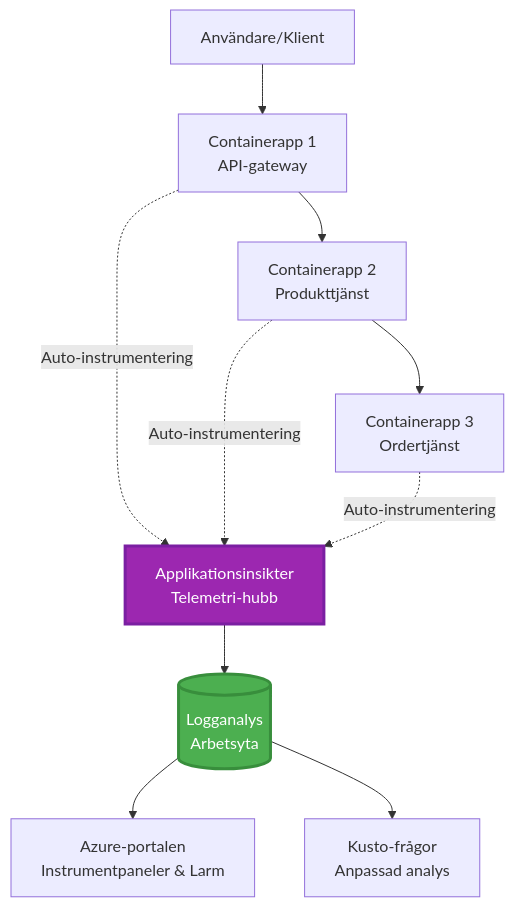
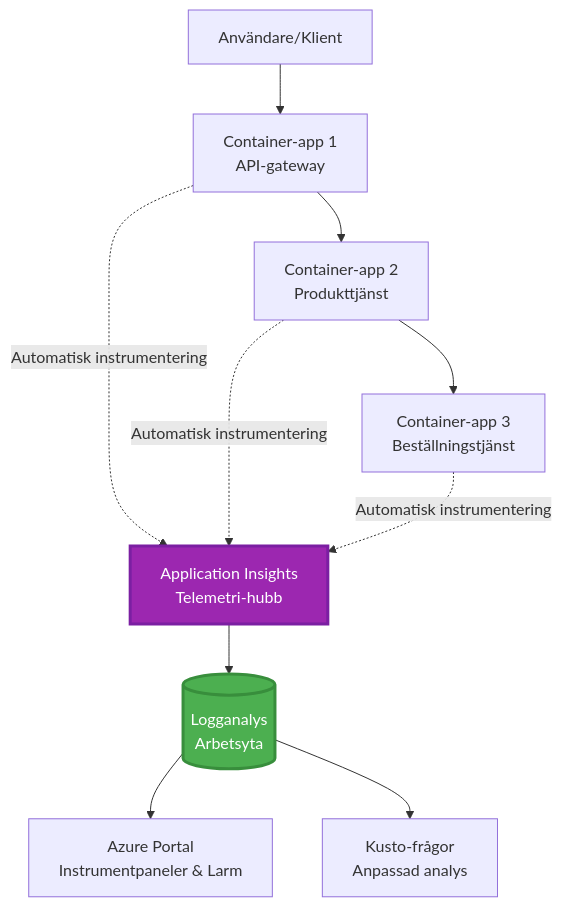
The first of 2 diagrams in translations/sv/docs/chapter-06-pre-deployment/application-insights.md (microsoft/AZD-for-beginners), drawn with Mermaid before and after one commit. The commit also changed other lines of this file and 101 other files, not shown here.

````diff
--- a/translations/sv/docs/chapter-06-pre-deployment/application-insights.md
+++ b/translations/sv/docs/chapter-06-pre-deployment/application-insights.md
@@ -58,28 +58,28 @@
 ```mermaid
 graph TB
     User[Användare/Klient]
-    App1[Containerapp 1<br/>API-gateway]
-    App2[Containerapp 2<br/>Produkttjänst]
-    App3[Containerapp 3<br/>Ordertjänst]
+    App1[Container-app 1<br/>API-gateway]
+    App2[Container-app 2<br/>Produkttjänst]
+    App3[Container-app 3<br/>Beställningstjänst]
     
-    AppInsights[Applikationsinsikter<br/>Telemetri-hubb]
+    AppInsights[Application Insights<br/>Telemetri-hubb]
     LogAnalytics[(Logganalys<br/>Arbetsyta)]
     
-    Portal[Azure-portalen<br/>Instrumentpaneler & Larm]
+    Portal[Azure Portal<br/>Instrumentpaneler & Larm]
     Query[Kusto-frågor<br/>Anpassad analys]
     
     User --> App1
     App1 --> App2
     App2 --> App3
     
-    App1 -.->|Auto-instrumentering| AppInsights
-    App2 -.->|Auto-instrumentering| AppInsights
-    App3 -.->|Auto-instrumentering| AppInsights
+    App1 -.->|Automatisk instrumentering| AppInsights
+    App2 -.->|Automatisk instrumentering| AppInsights
+    App3 -.->|Automatisk instrumentering| AppInsights
     
     AppInsights --> LogAnalytics
     LogAnalytics --> Portal
     LogAnalytics --> Query
     
     style AppInsights fill:#9C27B0,stroke:#7B1FA2,stroke-width:3px,color:#fff
     style LogAnalytics fill:#4CAF50,stroke:#388E3C,stroke-width:3px,color:#fff
 ```
````
